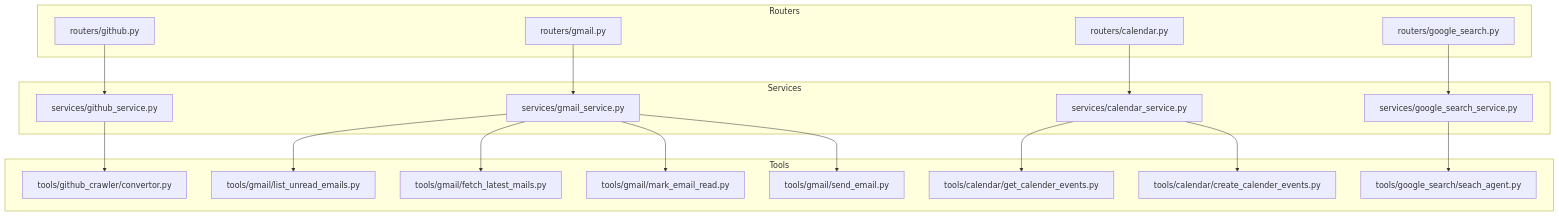
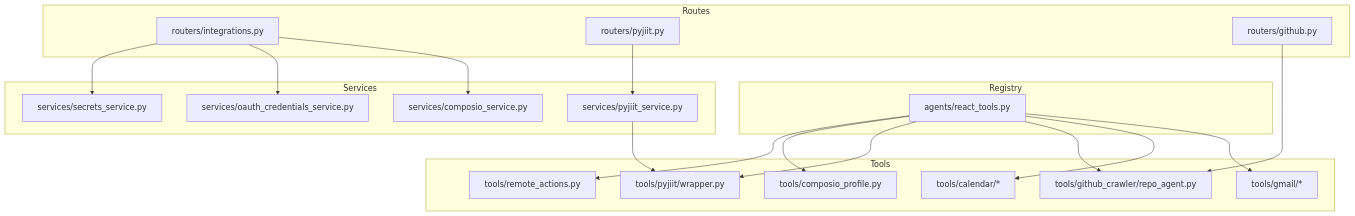
The first of 5 diagrams in src/data/docs/agentic-browser/Tool System/External Service Integration Tools.md (tashifkhan/tashif.codes), drawn with Mermaid before and after one commit. The commit also changed other lines of this file and 114 other files, not shown here.

````diff
--- a/src/data/docs/agentic-browser/Tool System/External Service Integration Tools.md
+++ b/src/data/docs/agentic-browser/Tool System/External Service Integration Tools.md
@@ -15,37 +19,37 @@
 ```mermaid
 graph TB
-subgraph "Routers"
-R1["routers/github.py"]
-R2["routers/gmail.py"]
-R3["routers/calendar.py"]
-R4["routers/google_search.py"]
-end
-subgraph "Services"
-S1["services/github_service.py"]
-S2["services/gmail_service.py"]
-S3["services/calendar_service.py"]
-S4["services/google_search_service.py"]
-end
-subgraph "Tools"
-T1a["tools/github_crawler/convertor.py"]
-T2a["tools/gmail/list_unread_emails.py"]
-T2b["tools/gmail/fetch_latest_mails.py"]
-T2c["tools/gmail/mark_email_read.py"]
-T2d["tools/gmail/send_email.py"]
-T3a["tools/calendar/get_calender_events.py"]
-T3b["tools/calendar/create_calender_events.py"]
-T4a["tools/google_search/seach_agent.py"]
-end
-R1 --> S1
-R2 --> S2
-R3 --> S3
-R4 --> S4
-S1 --> T1a
-S2 --> T2a
-S2 --> T2b
-S2 --> T2c
-S2 --> T2d
-S3 --> T3a
-S3 --> T3b
-S4 --> T4a
+  subgraph Registry
+    RT["agents/react_tools.py"]
+  end
+  subgraph Tools
+    GM["tools/gmail/*"]
+    CAL["tools/calendar/*"]
+    GH["tools/github_crawler/repo_agent.py"]
+    PJ["tools/pyjiit/wrapper.py"]
+    CP["tools/composio_profile.py"]
+    RA["tools/remote_actions.py"]
+  end
+  subgraph Services
+    CS["services/composio_service.py"]
+    OC["services/oauth_credentials_service.py"]
+    SS["services/secrets_service.py"]
+    PS["services/pyjiit_service.py"]
+  end
+  subgraph Routes
+    INT["routers/integrations.py"]
+    PJR["routers/pyjiit.py"]
+    GHR["routers/github.py"]
+  end
+  RT --> GM
+  RT --> CAL
+  RT --> GH
+  RT --> PJ
+  RT --> CP
+  RT --> RA
+  INT --> CS
+  INT --> OC
+  INT --> SS
+  PJR --> PS
+  PS --> PJ
+  GHR --> GH
 ```
````
